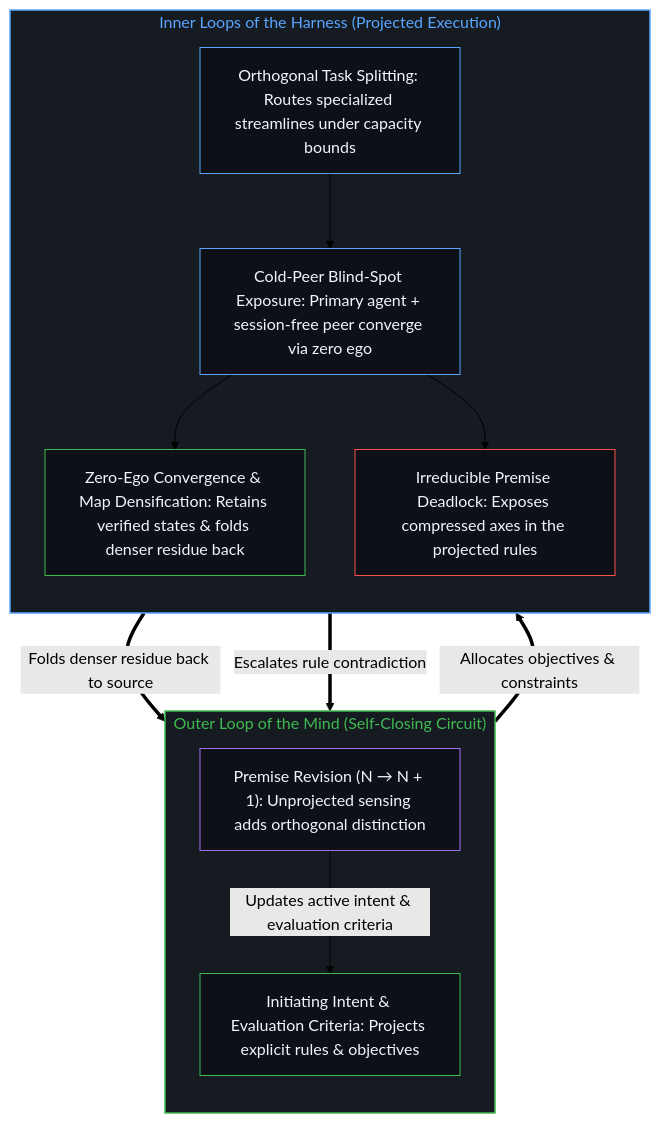
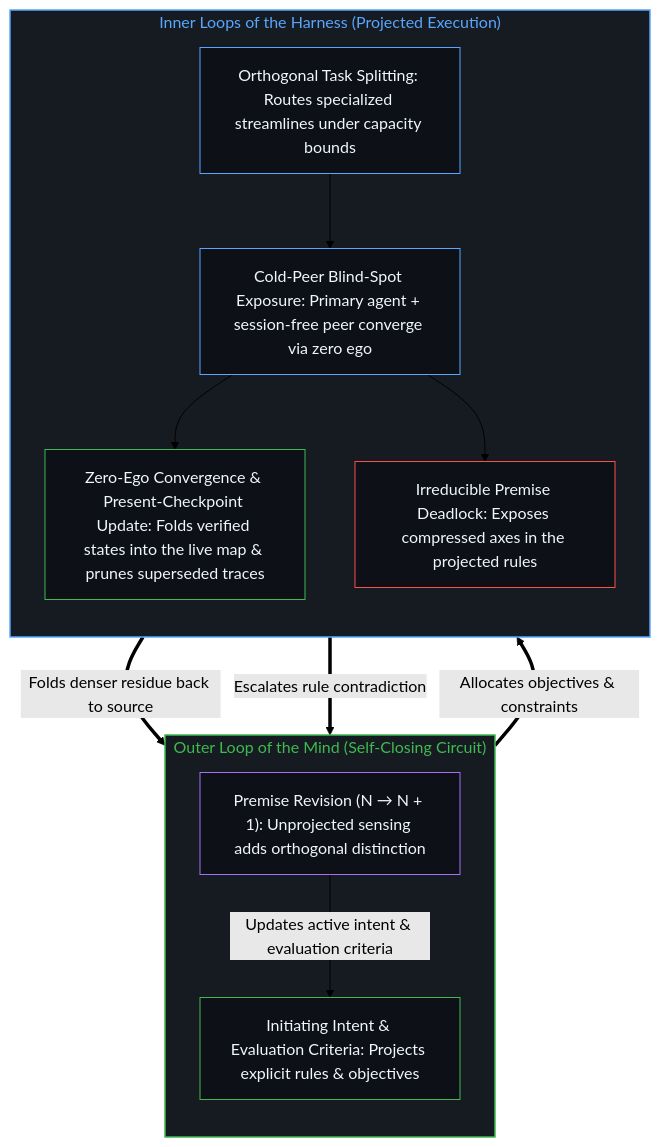
The second of 2 diagrams in content/posts/intelligence-folding-back-on-itself.md (powerpig99/not-a-toe), drawn with Mermaid (forest theme) before and after one commit. The commit also changed other lines of this file and 12 other files, not shown here.

````diff
--- a/content/posts/intelligence-folding-back-on-itself.md
+++ b/content/posts/intelligence-folding-back-on-itself.md
@@ -103,33 +103,33 @@
 ```mermaid
 flowchart TD
     subgraph S_Outer["Outer Loop of the Mind (Self-Closing Circuit)"]
         direction TB
         O_Intent["Initiating Intent & Evaluation Criteria: Projects explicit rules & objectives"]
         O_Revise["Premise Revision (N → N + 1): Unprojected sensing adds orthogonal distinction"]
         O_Revise -->|"Updates active intent & evaluation criteria"| O_Intent
     end
 
     subgraph S_Inner["Inner Loops of the Harness (Projected Execution)"]
         direction TB
         I_Split["Orthogonal Task Splitting: Routes specialized streamlines under capacity bounds"]
         I_Peer["Cold-Peer Blind-Spot Exposure: Primary agent + session-free peer converge via zero ego"]
-        I_Converge["Zero-Ego Convergence & Map Densification: Retains verified states & folds denser residue back"]
+        I_Converge["Zero-Ego Convergence & Present-Checkpoint Update: Folds verified states into the live map & prunes superseded traces"]
         I_Deadlock["Irreducible Premise Deadlock: Exposes compressed axes in the projected rules"]
         I_Split --> I_Peer
         I_Peer --> I_Converge
         I_Peer --> I_Deadlock
     end
 
     O_Intent ==>|"Allocates objectives & constraints"| I_Split
     I_Converge ==>|"Folds denser residue back to source"| O_Intent
     I_Deadlock ==>|"Escalates rule contradiction"| O_Revise
 
     style S_Outer fill:#161b22,stroke:#3fb950,stroke-width:1.5px,color:#3fb950
     style S_Inner fill:#161b22,stroke:#58a6ff,stroke-width:1.5px,color:#58a6ff
     style O_Intent fill:#0d1117,stroke:#3fb950,stroke-width:1px,color:#f0f6fc
     style O_Revise fill:#0d1117,stroke:#a371f7,stroke-width:1px,color:#f0f6fc
     style I_Split fill:#0d1117,stroke:#58a6ff,stroke-width:1px,color:#f0f6fc
     style I_Peer fill:#0d1117,stroke:#58a6ff,stroke-width:1px,color:#f0f6fc
     style I_Converge fill:#0d1117,stroke:#3fb950,stroke-width:1px,color:#f0f6fc
     style I_Deadlock fill:#0d1117,stroke:#f85149,stroke-width:1px,color:#f0f6fc
 ```
````
